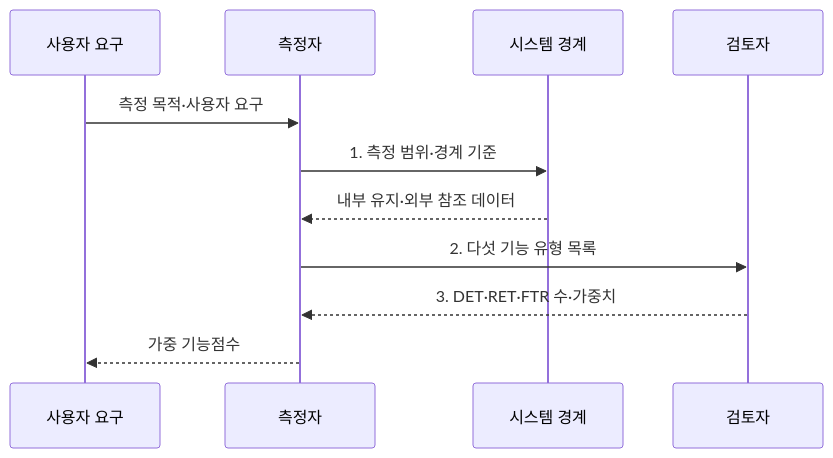
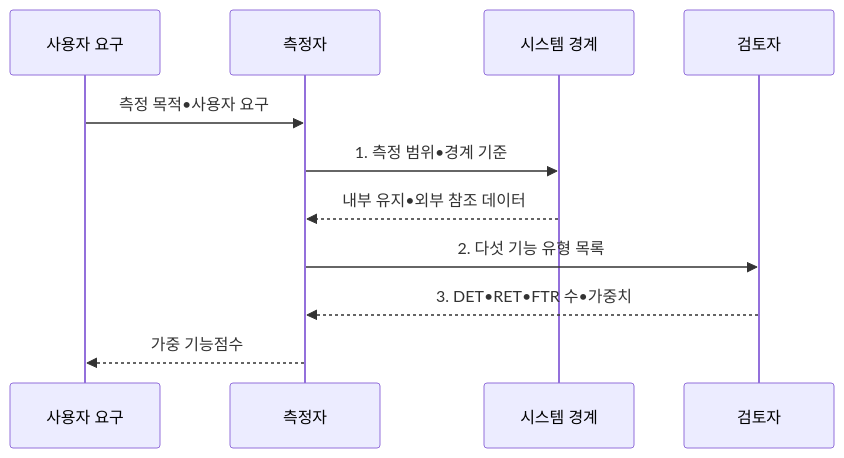
The second of 2 diagrams in src/content/docs/notes/03-software/073_function_point.md (agnusdei1207/knowledge-base), drawn with Mermaid before and after one commit. The commit also changed other lines of this file and 953 other files, not shown here.

````diff
--- a/src/content/docs/notes/03-software/073_function_point.md
+++ b/src/content/docs/notes/03-software/073_function_point.md
@@ -116,13 +116,13 @@
 ```mermaid
 sequenceDiagram
     participant U as 사용자 요구
     participant A as 측정자
     participant S as 시스템 경계
     participant R as 검토자
-    U->>A: 측정 목적·사용자 요구
-    A->>S: 1. 측정 범위·경계 기준
-    S-->>A: 내부 유지·외부 참조 데이터
+    U->>A: 측정 목적•사용자 요구
+    A->>S: 1. 측정 범위•경계 기준
+    S-->>A: 내부 유지•외부 참조 데이터
     A->>R: 2. 다섯 기능 유형 목록
-    R-->>A: 3. DET·RET·FTR 수·가중치
+    R-->>A: 3. DET•RET•FTR 수•가중치
     A-->>U: 가중 기능점수
 ```
````
